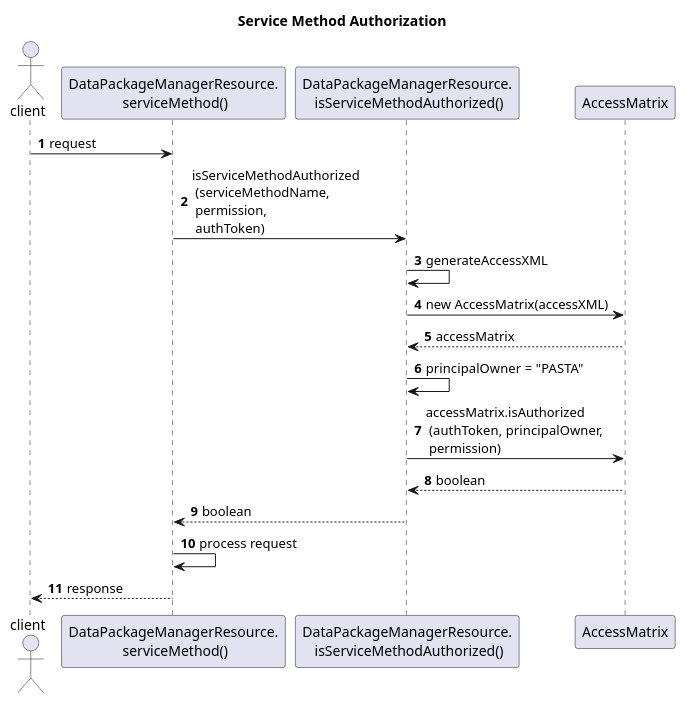
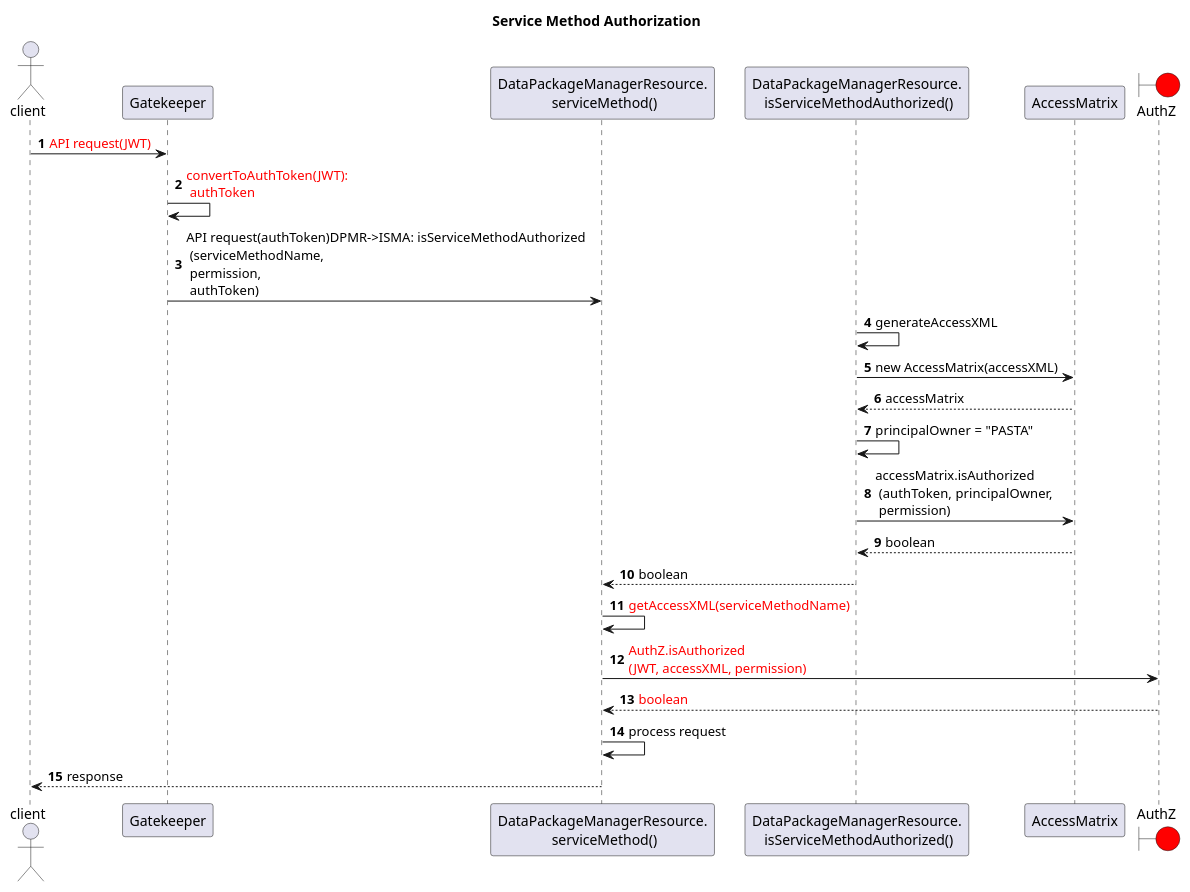
One commit to PASTAplus/PASTA changed the diagram in DataPackageManager/documents/serviceMethodAuthorization.puml. Above: the diagram before and after it, drawn with PlantUML. The commit also changed 2 other files, not shown here.

Commit message:
Update UML diagrams; add dataPackageLifeCycleAuthorization.puml

```diff
--- a/DataPackageManager/documents/serviceMethodAuthorization.puml
+++ b/DataPackageManager/documents/serviceMethodAuthorization.puml
@@ -1,24 +1,30 @@
 @startuml
 'https://plantuml.com/sequence-diagram
 
 title Service Method Authorization
 
 actor client
+participant Gatekeeper
 participant DPMR as "DataPackageManagerResource.\n serviceMethod()"
 participant ISMA as "DataPackageManagerResource.\n isServiceMethodAuthorized()"
 participant AccessMatrix
+boundary AuthZ #red
 
 autonumber
 
-client->DPMR: request
-DPMR->ISMA: isServiceMethodAuthorized\n (serviceMethodName,\n permission,\n authToken)
+client->Gatekeeper: <font color=red>API request(JWT)
+Gatekeeper->Gatekeeper: <font color=red>convertToAuthToken(JWT):\n <font color=red>authToken
+Gatekeeper->DPMR: API request(authToken)DPMR->ISMA: isServiceMethodAuthorized\n (serviceMethodName,\n permission,\n authToken)
 ISMA->ISMA: generateAccessXML
 ISMA->AccessMatrix: new AccessMatrix(accessXML)
 AccessMatrix-->ISMA: accessMatrix
 ISMA->ISMA: principalOwner = "PASTA"
 ISMA->AccessMatrix: accessMatrix.isAuthorized\n (authToken, principalOwner,\n permission)
 AccessMatrix-->ISMA: boolean
 ISMA-->DPMR: boolean
+DPMR->DPMR: <font color=red>getAccessXML(serviceMethodName)
+DPMR->AuthZ: <font color=red>AuthZ.isAuthorized\n<font color=red>(JWT, accessXML, permission)
+AuthZ-->DPMR: <font color=red>boolean
 DPMR->DPMR: process request
 DPMR-->client: response
 @enduml
```
